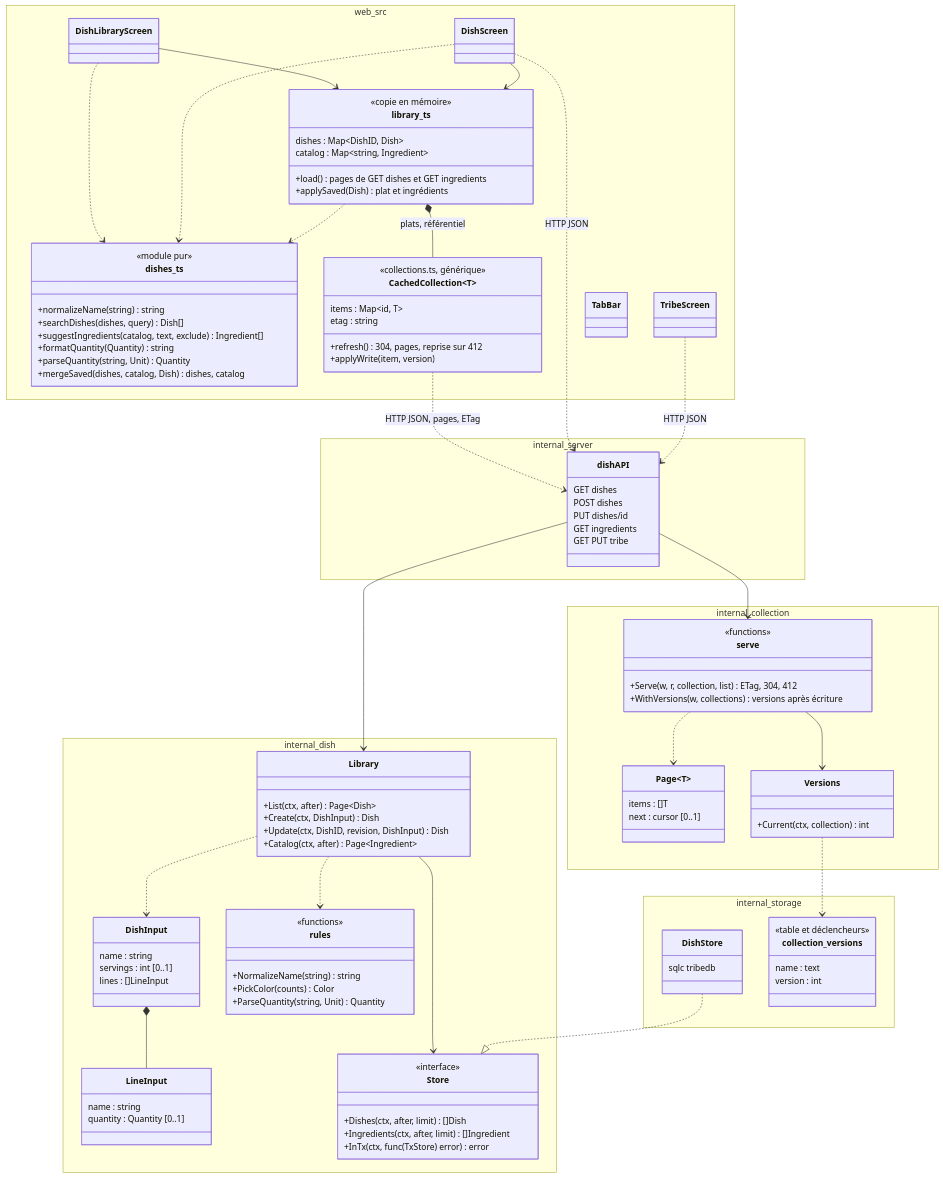
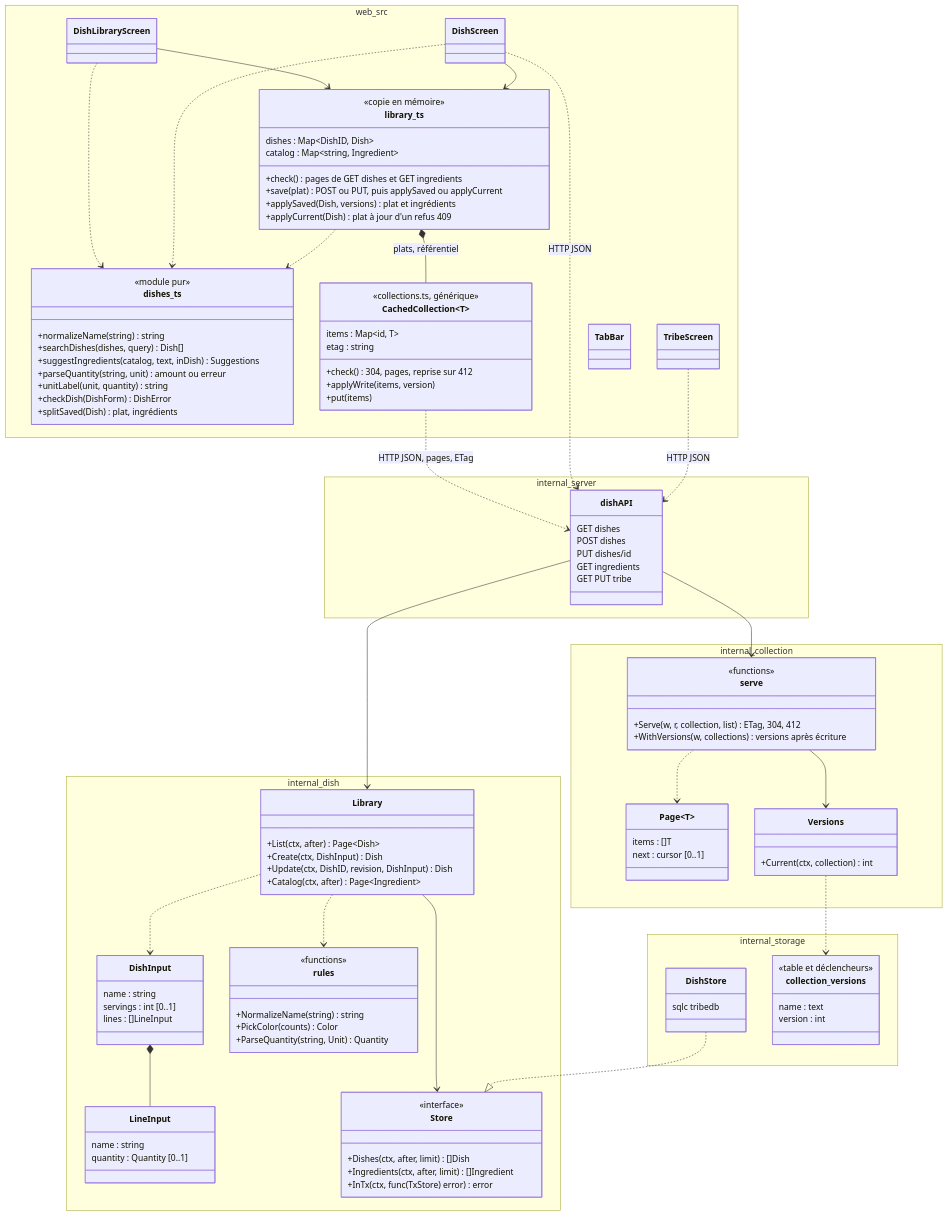
The second of 7 diagrams in docs/conception/bibliotheque-de-plats.md (nelt/tribe-menus), drawn with Mermaid before and after one commit. The commit also changed other lines of this file and 31 other files, not shown here.

```diff
--- a/docs/conception/bibliotheque-de-plats.md
+++ b/docs/conception/bibliotheque-de-plats.md
@@ -177,24 +177,28 @@
             <<module pur>>
             +normalizeName(string) string
             +searchDishes(dishes, query) Dish[]
-            +suggestIngredients(catalog, text, exclude) Ingredient[]
-            +formatQuantity(Quantity) string
-            +parseQuantity(string, Unit) Quantity
-            +mergeSaved(dishes, catalog, Dish) dishes, catalog
+            +suggestIngredients(catalog, text, inDish) Suggestions
+            +parseQuantity(string, unit) amount ou erreur
+            +unitLabel(unit, quantity) string
+            +checkDish(DishForm) DishError
+            +splitSaved(Dish) plat, ingrédients
         }
         class CachedCollection~T~ {
             <<collections.ts, générique>>
             items : Map~id, T~
             etag : string
-            +refresh() 304, pages, reprise sur 412
-            +applyWrite(item, version)
+            +check() 304, pages, reprise sur 412
+            +applyWrite(items, version)
+            +put(items)
         }
         class library_ts {
             <<copie en mémoire>>
             dishes : Map~DishID, Dish~
             catalog : Map~string, Ingredient~
-            +load() pages de GET dishes et GET ingredients
-            +applySaved(Dish) plat et ingrédients
+            +check() pages de GET dishes et GET ingredients
+            +save(plat) POST ou PUT, puis applySaved ou applyCurrent
+            +applySaved(Dish, versions) plat et ingrédients
+            +applyCurrent(Dish) plat à jour d'un refus 409
         }
         class DishLibraryScreen
         class DishScreen
```
